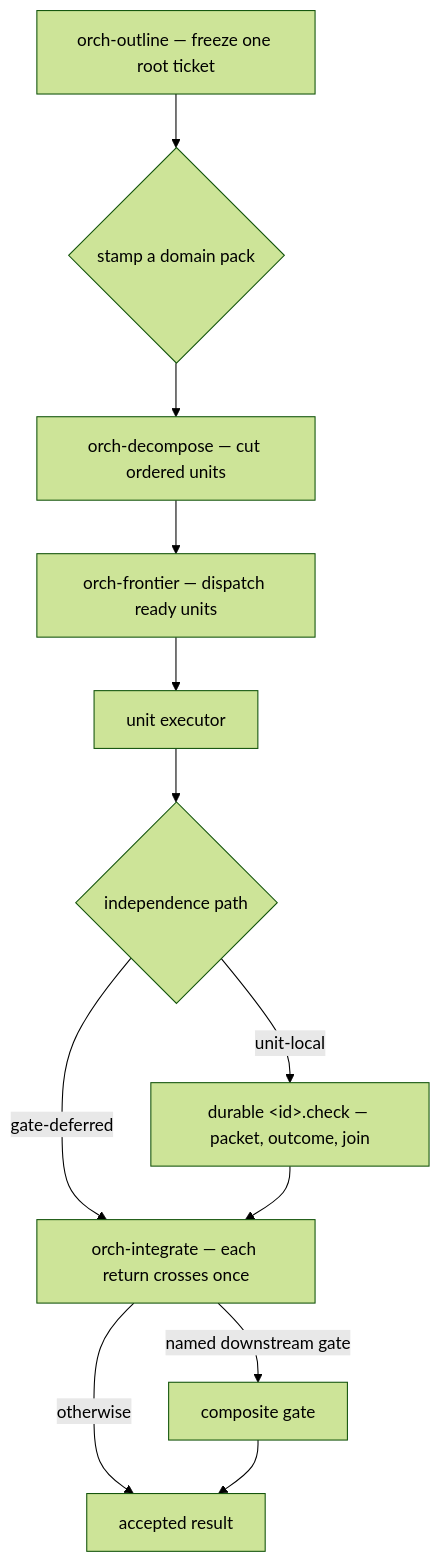
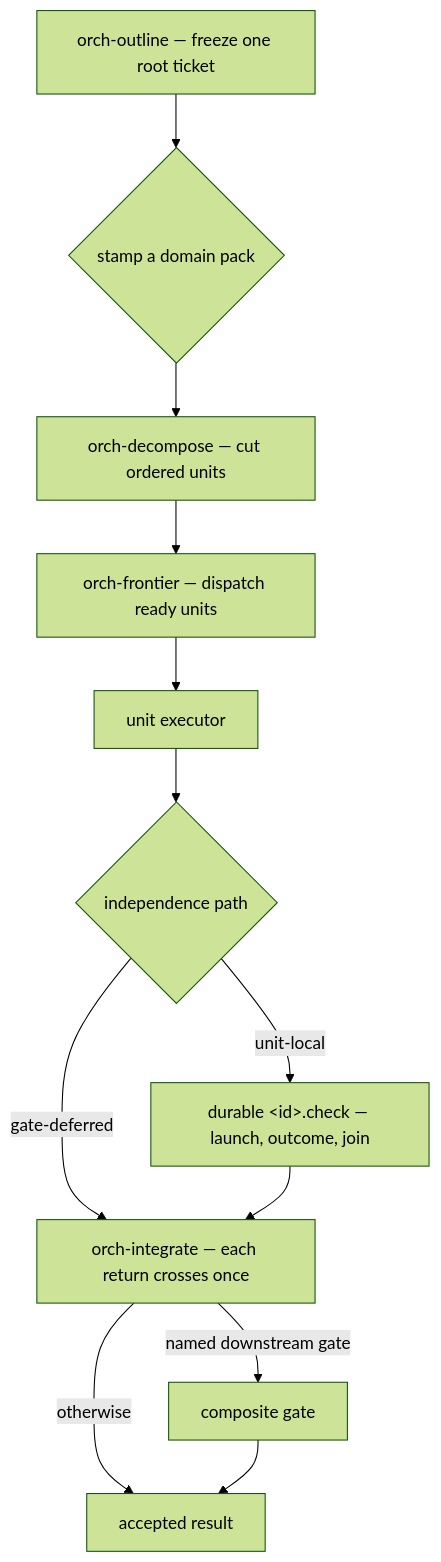
The diagram in README.md (DanMcInerney/orchflows), drawn with Mermaid (forest theme) before and after one commit. The commit also changed other lines of this file and 53 other files, not shown here.

````diff
--- a/README.md
+++ b/README.md
@@ -182,14 +182,14 @@
 ```mermaid
 flowchart TD
     outline["orch-outline — freeze one root ticket"] --> pack{"stamp a domain pack"}
     pack --> dec["orch-decompose — cut ordered units"]
     dec --> frontier["orch-frontier — dispatch ready units"]
     frontier --> exec["unit executor"]
     exec --> path{"independence path"}
-    path -->|unit-local| checker["durable &lt;id&gt;.check — packet, outcome, join"]
+    path -->|unit-local| checker["durable &lt;id&gt;.check — launch, outcome, join"]
     path -->|gate-deferred| join["orch-integrate — each return crosses once"]
     checker --> join
     join -->|named downstream gate| gate["composite gate"]
     join -->|otherwise| accepted["accepted result"]
     gate --> accepted
 ```
````
